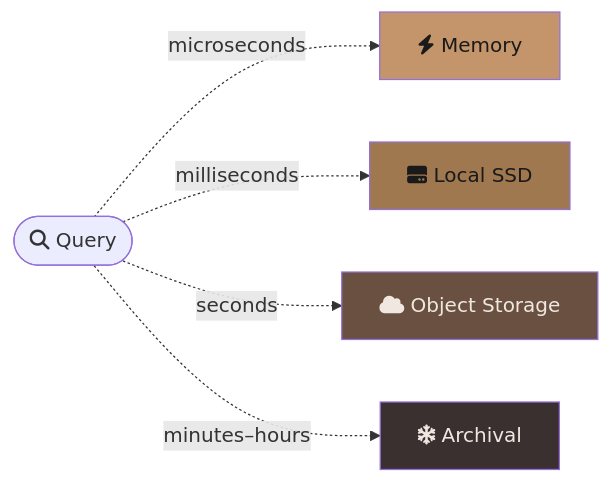
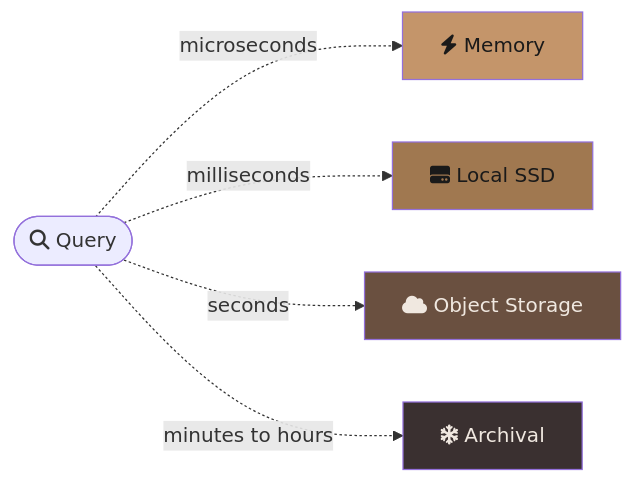
One commit to kluzzebass/gastrolog changed the fourth of 5 diagrams in docs/vision.md. Above: the diagram before and after it, drawn with Mermaid. The commit also changed other lines of this file, not shown here.

First line of the commit message:
docs: fix mermaid lexer errors — replace em dashes in subgraph names

````diff
--- a/docs/vision.md
+++ b/docs/vision.md
@@ -228,12 +228,12 @@
 ```mermaid
 flowchart LR
     Q([fa:fa-search Query]) -.->|microseconds| M[fa:fa-bolt Memory]
     Q -.->|milliseconds| F[fa:fa-hard-drive Local SSD]
     Q -.->|seconds| S3[fa:fa-cloud Object Storage]
-    Q -.->|minutes–hours| ARC[fa:fa-snowflake Archival]
+    Q -.->|minutes to hours| ARC[fa:fa-snowflake Archival]
 
     style M fill:#c4956a,color:#1a1a1a
     style F fill:#a07850,color:#1a1a1a
     style S3 fill:#6a5040,color:#f0e8e0
     style ARC fill:#3a3030,color:#f0e8e0
 ```
````
